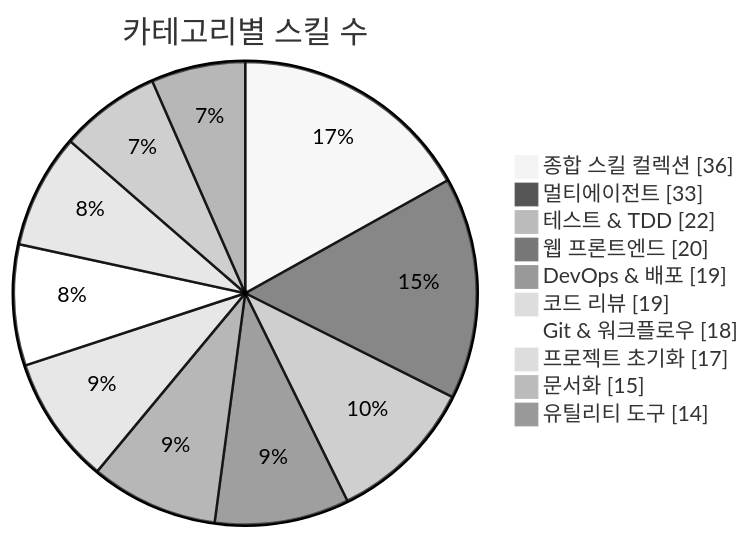
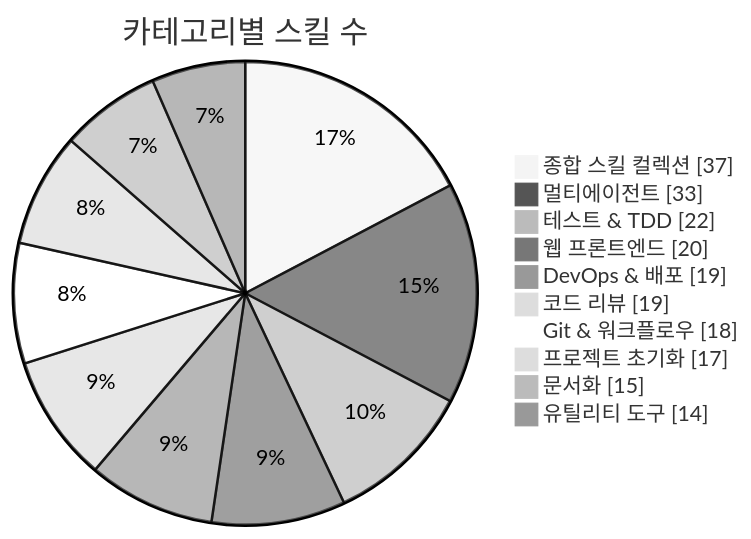
One commit to J-nowcow/awesome-korean-agent-skills changed the first of 3 diagrams in README.md. Above: the diagram before and after it, drawn with Mermaid (neutral theme). The commit also changed other lines of this file and 3 other files, not shown here.

````diff
--- a/README.md
+++ b/README.md
@@ -176,14 +176,14 @@
 ```mermaid
 pie showData
     title 카테고리별 스킬 수
-    "종합 스킬 컬렉션" : 36
+    "종합 스킬 컬렉션" : 37
     "멀티에이전트" : 33
     "테스트 & TDD" : 22
     "웹 프론트엔드" : 20
     "DevOps & 배포" : 19
     "코드 리뷰" : 19
     "Git & 워크플로우" : 18
     "프로젝트 초기화" : 17
     "문서화" : 15
     "유틸리티 도구" : 14
 ```
````
